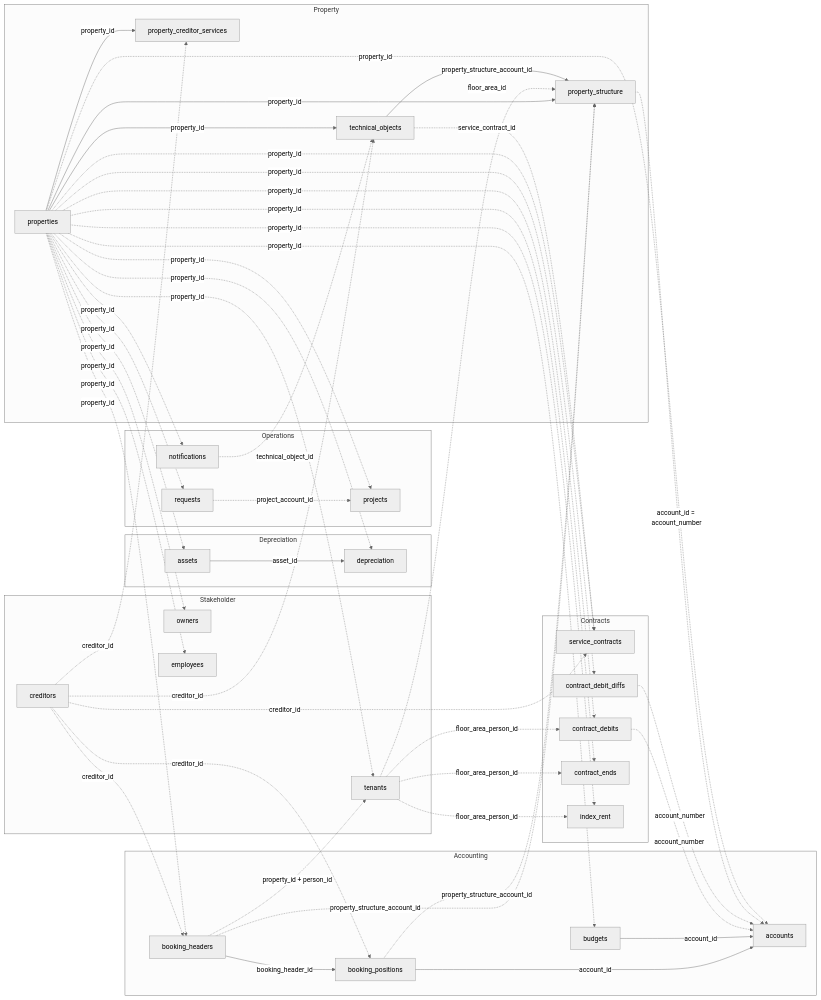
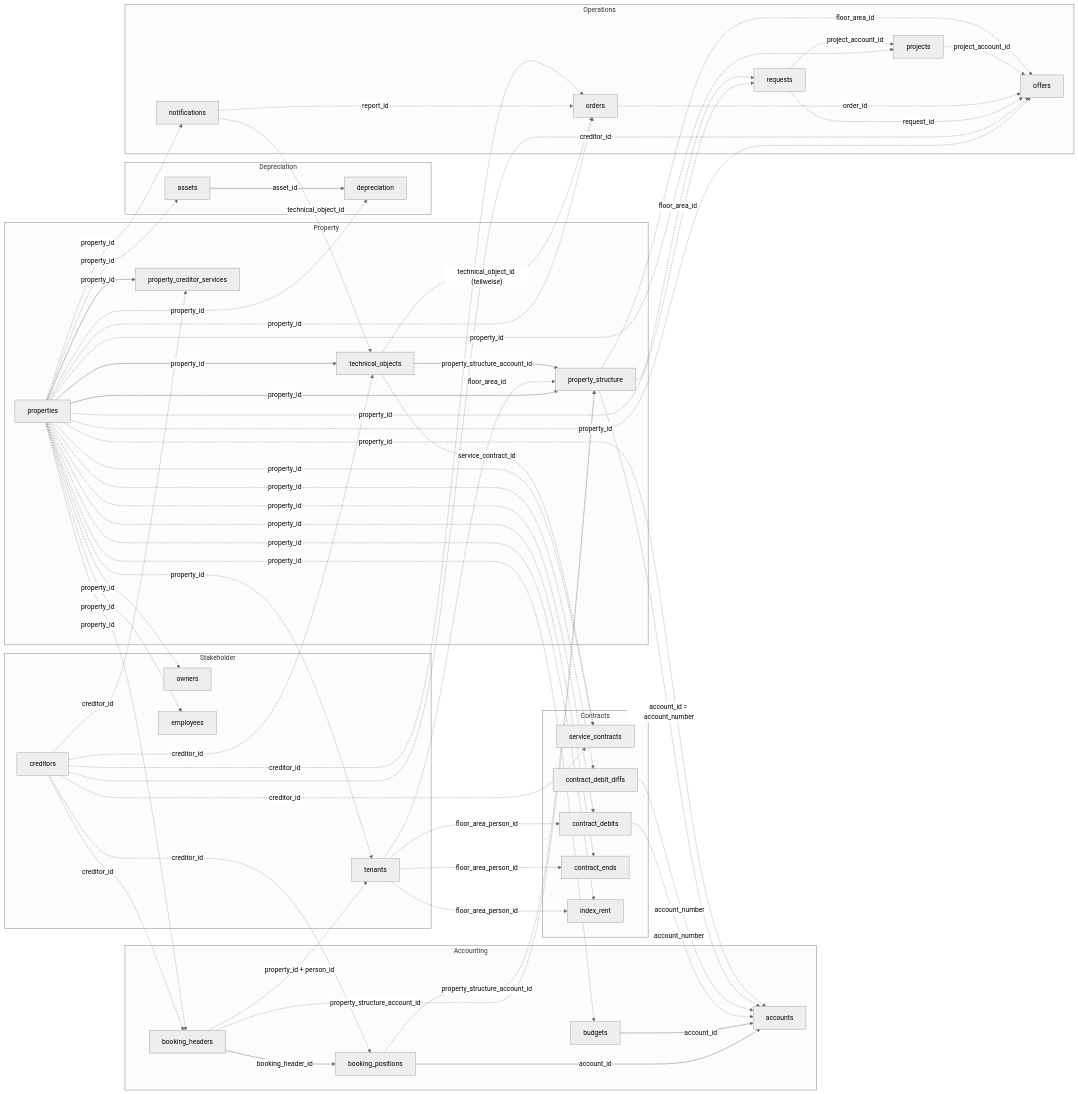
The diagram in de/v1/data-model/overview.mdx (Trassets-ai/api-docs), drawn with Mermaid (neutral theme) before and after one commit. The commit also changed other lines of this file and 5 other files, not shown here.

````diff
--- a/de/v1/data-model/overview.mdx
+++ b/de/v1/data-model/overview.mdx
@@ -73,6 +73,8 @@
   subgraph Operations
     notifications["notifications"]
     projects["projects"]
+    offers["offers"]
+    orders["orders"]
     requests["requests"]
   end
 
@@ -127,4 +129,15 @@
   creditor -.->|creditor_id| service_contracts
   creditor -.->|creditor_id| booking_header
   creditor -.->|creditor_id| booking_positions
+  properties -.->|property_id| offers
+  properties -.->|property_id| orders
+  notifications -.->|report_id| orders
+  technical_objects -.->|"technical_object_id (teilweise)"| orders
+  creditor -.->|creditor_id| orders
+  creditor -.->|creditor_id| offers
+  requests -.->|request_id| offers
+  orders -.->|order_id| offers
+  projects -.->|project_account_id| offers
+  property_structure -.->|floor_area_id| requests
+  property_structure -.->|floor_area_id| offers
 ```
````
